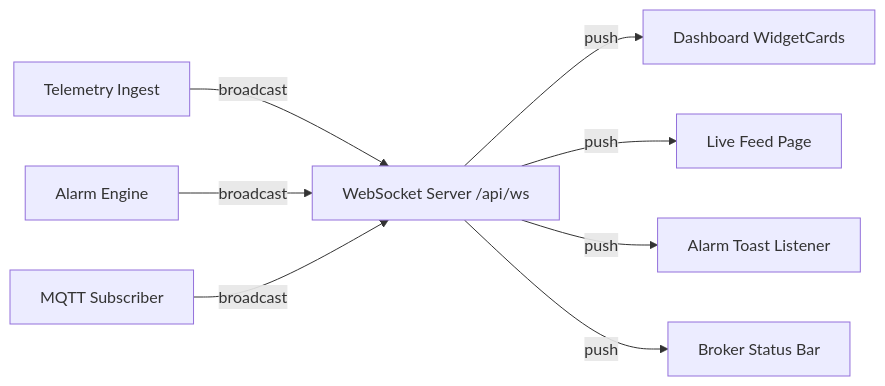
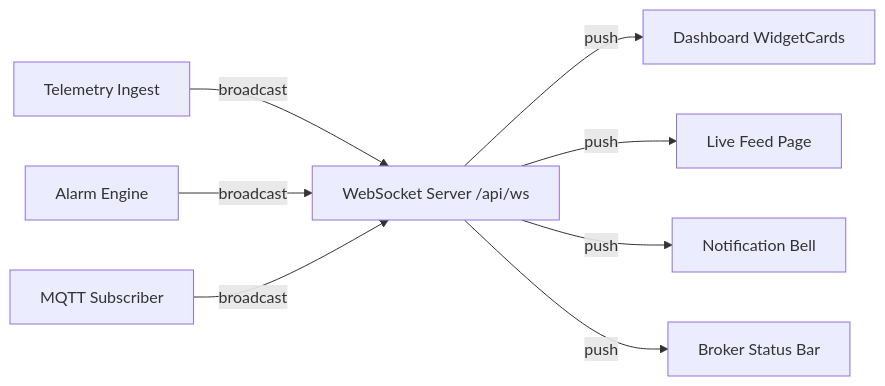
Before and after one commit to Debasish-951/Nexus-IoT: the second of 2 diagrams in docs/api/integration-architecture.md, drawn with Mermaid. The commit also changed 187 other files, not shown here.

````diff
--- a/docs/api/integration-architecture.md
+++ b/docs/api/integration-architecture.md
@@ -143,10 +143,10 @@
 ```mermaid
 graph LR
     A[Telemetry Ingest] -->|broadcast| WS[WebSocket Server /api/ws]
     B[Alarm Engine] -->|broadcast| WS
     C[MQTT Subscriber] -->|broadcast| WS
     WS -->|push| D[Dashboard WidgetCards]
     WS -->|push| E[Live Feed Page]
-    WS -->|push| F[Alarm Toast Listener]
+    WS -->|push| F[Notification Bell]
     WS -->|push| G[Broker Status Bar]
 ```
````
